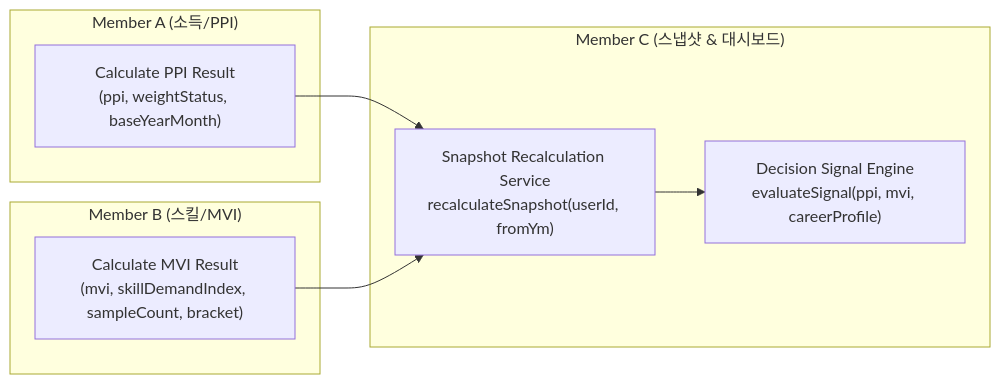
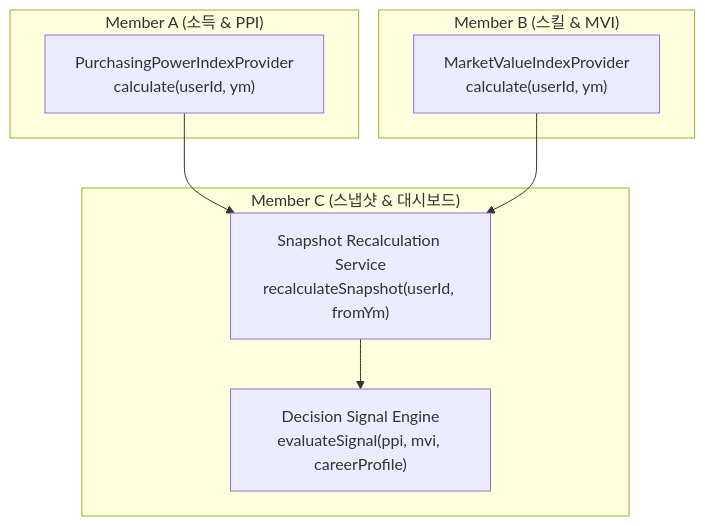
Before and after one commit to SeoHyeokGyu/Carix: the second of 2 diagrams in docs/plans/carix-dev-plan.md, drawn with Mermaid. The commit also changed other lines of this file and 1 other file, not shown here.

````diff
--- a/docs/plans/carix-dev-plan.md
+++ b/docs/plans/carix-dev-plan.md
@@ -191,19 +166,19 @@
 ```mermaid
-graph LR
-    subgraph MemberA ["Member A (소득/PPI)"]
-        PPI_OUT["Calculate PPI Result<br>(ppi, weightStatus, baseYearMonth)"]
+flowchart TD
+    subgraph MemberA ["Member A (소득 & PPI)"]
+        PPI_OUT["PurchasingPowerIndexProvider<br>calculate(userId, ym)"]
     end
 
-    subgraph MemberB ["Member B (스킬/MVI)"]
-        MVI_OUT["Calculate MVI Result<br>(mvi, skillDemandIndex, sampleCount, bracket)"]
+    subgraph MemberB ["Member B (스킬 & MVI)"]
+        MVI_OUT["MarketValueIndexProvider<br>calculate(userId, ym)"]
     end
 
     subgraph MemberC ["Member C (스냅샷 & 대시보드)"]
         SNAP_ENG["Snapshot Recalculation Service<br>recalculateSnapshot(userId, fromYm)"]
         DEC_ENG["Decision Signal Engine<br>evaluateSignal(ppi, mvi, careerProfile)"]
     end
 
     PPI_OUT --> SNAP_ENG
     MVI_OUT --> SNAP_ENG
     SNAP_ENG --> DEC_ENG
 ```
````
